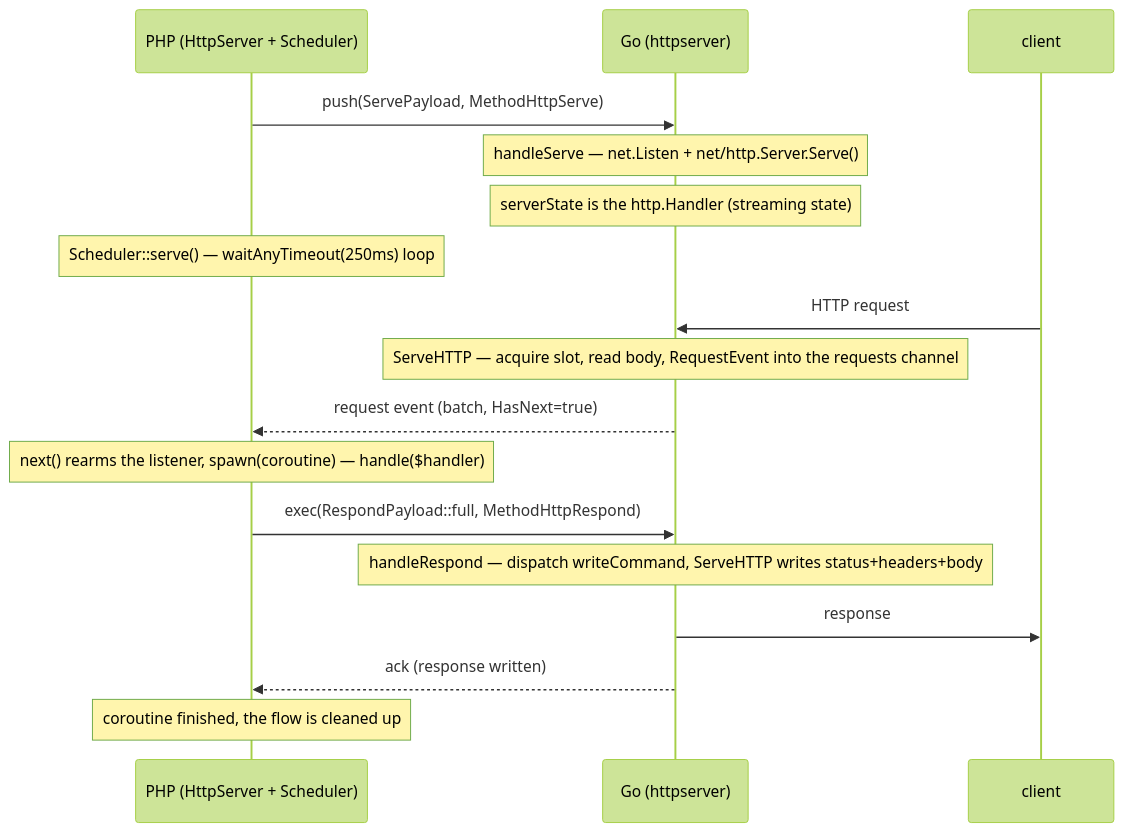
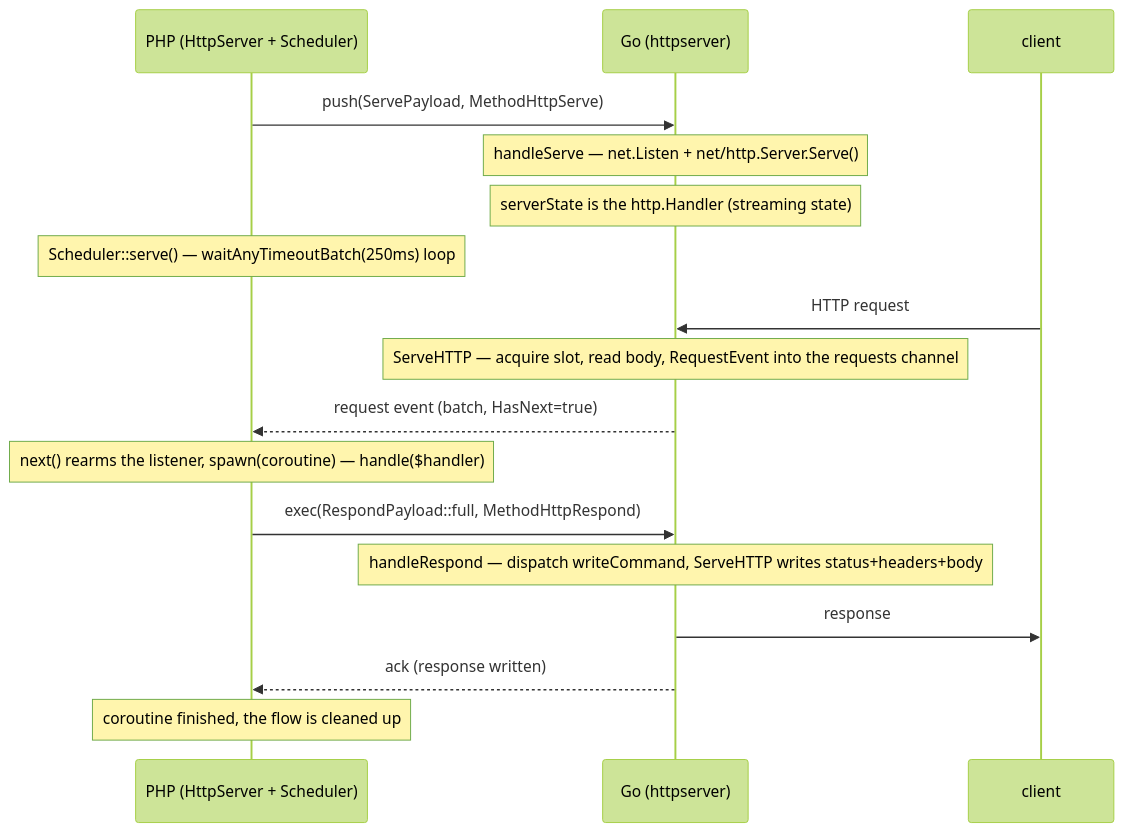
The third of 3 diagrams in docs/http-server.md (sprust/sconcur), drawn with Mermaid (forest theme) before and after one commit. The commit also changed other lines of this file and 29 other files, not shown here.

````diff
--- a/docs/http-server.md
+++ b/docs/http-server.md
@@ -701,20 +706,20 @@
 ```mermaid
 sequenceDiagram
     participant PHP as PHP (HttpServer + Scheduler)
     participant Go as Go (httpserver)
     participant Client as client
 
     PHP->>Go: push(ServePayload, MethodHttpServe)
     Note over Go: handleServe — net.Listen + net/http.Server.Serve()
     Note over Go: serverState is the http.Handler (streaming state)
-    Note over PHP: Scheduler::serve() — waitAnyTimeout(250ms) loop
+    Note over PHP: Scheduler::serve() — waitAnyTimeoutBatch(250ms) loop
     Client->>Go: HTTP request
     Note over Go: ServeHTTP — acquire slot, read body, RequestEvent into the requests channel
     Go-->>PHP: request event (batch, HasNext=true)
     Note over PHP: next() rearms the listener, spawn(coroutine) — handle($handler)
     PHP->>Go: exec(RespondPayload::full, MethodHttpRespond)
     Note over Go: handleRespond — dispatch writeCommand, ServeHTTP writes status+headers+body
     Go->>Client: response
     Go-->>PHP: ack (response written)
     Note over PHP: coroutine finished, the flow is cleaned up
 ```
````
